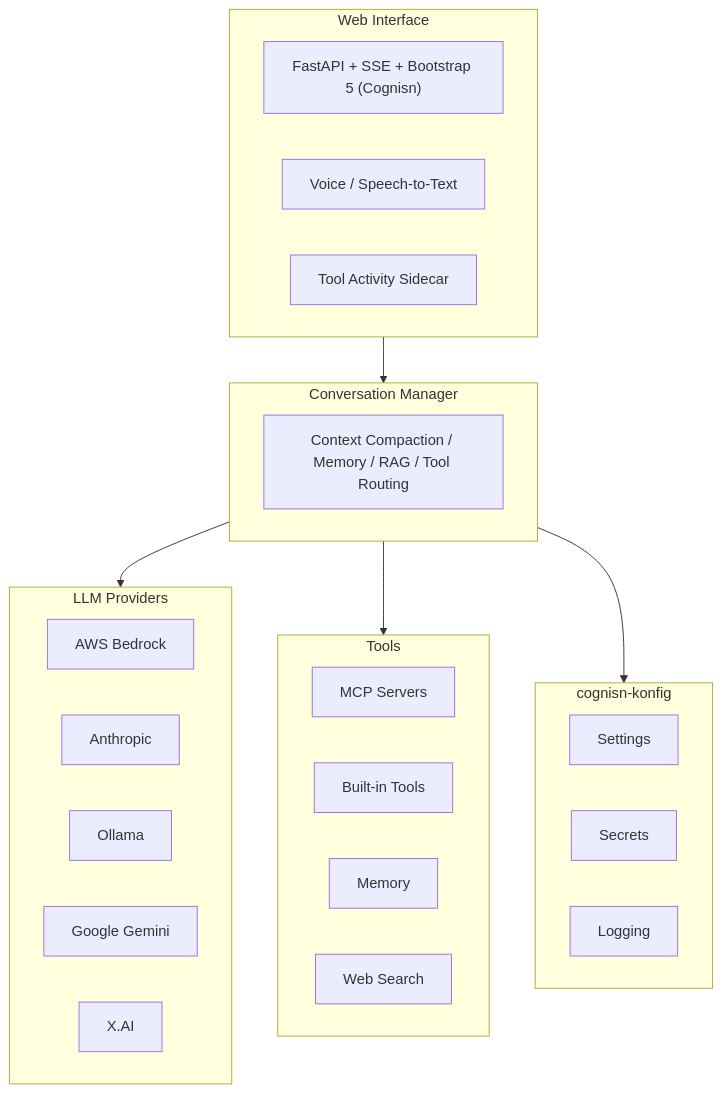
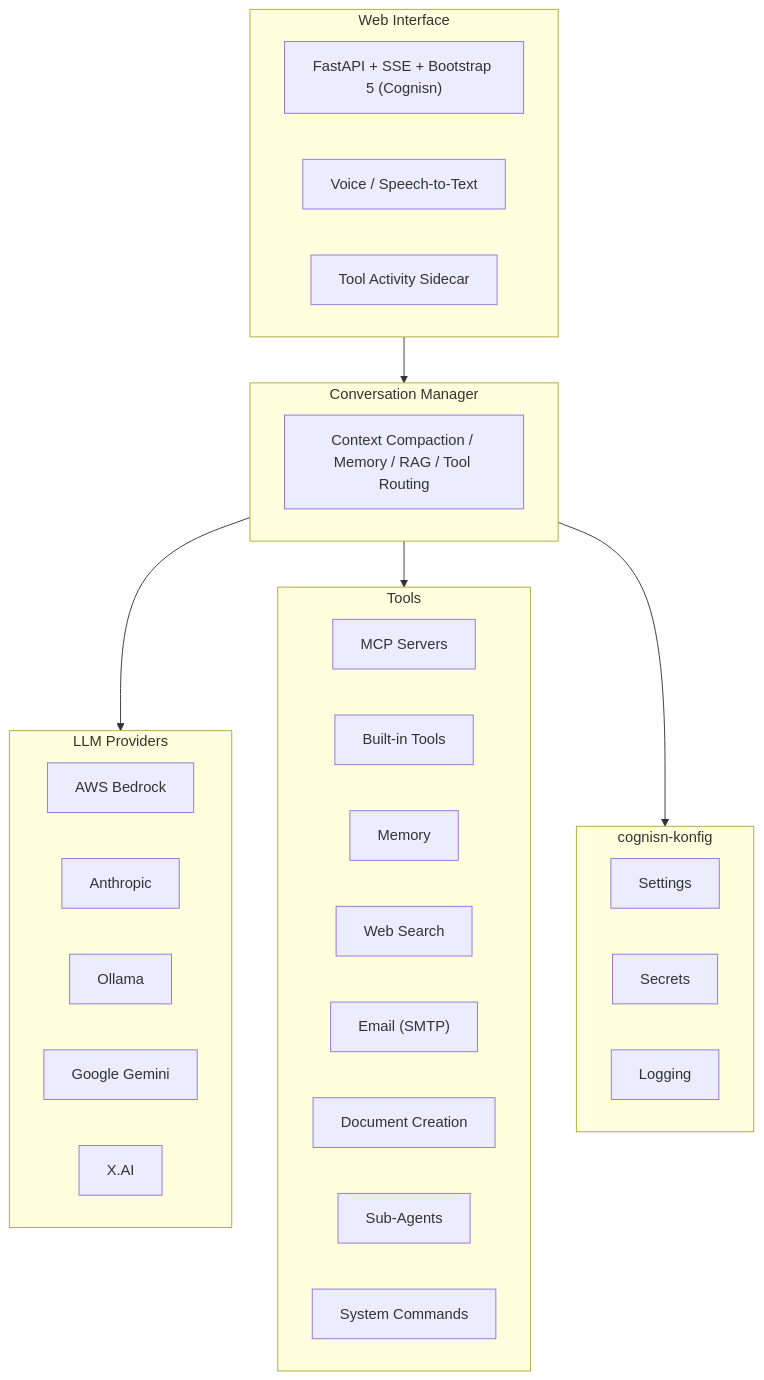
The diagram in README.md (Cognisn/spark), drawn with Mermaid before and after one commit. The commit also changed other lines of this file and 173 other files, not shown here.

````diff
--- a/README.md
+++ b/README.md
@@ -113,38 +140,42 @@
 ```mermaid
 graph TB
     subgraph UI ["Web Interface"]
         FE["FastAPI + SSE + Bootstrap 5 (Cognisn)"]
         Voice["Voice / Speech-to-Text"]
         Sidecar["Tool Activity Sidecar"]
     end
 
     subgraph Core ["Conversation Manager"]
         CM["Context Compaction / Memory / RAG / Tool Routing"]
     end
 
     subgraph Providers ["LLM Providers"]
         Bedrock["AWS Bedrock"]
         Anthropic["Anthropic"]
         Ollama["Ollama"]
         Gemini["Google Gemini"]
         XAI["X.AI"]
     end
 
     subgraph Tools ["Tools"]
         MCP["MCP Servers"]
         Builtin["Built-in Tools"]
         Memory["Memory"]
         WebSearch["Web Search"]
+        EmailTool["Email (SMTP)"]
+        DocCreate["Document Creation"]
+        Agents["Sub-Agents"]
+        SysCmd["System Commands"]
     end
 
     subgraph Foundation ["cognisn-konfig"]
         Settings["Settings"]
         Secrets["Secrets"]
         Logging["Logging"]
     end
 
     UI --> Core
     Core --> Providers
     Core --> Tools
     Core --> Foundation
 ```
````
